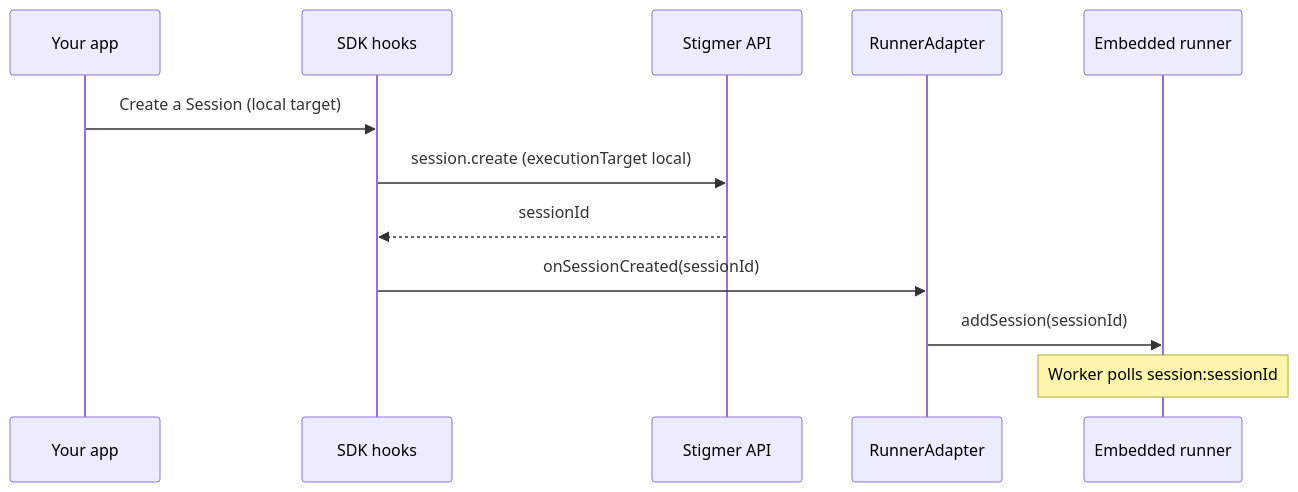
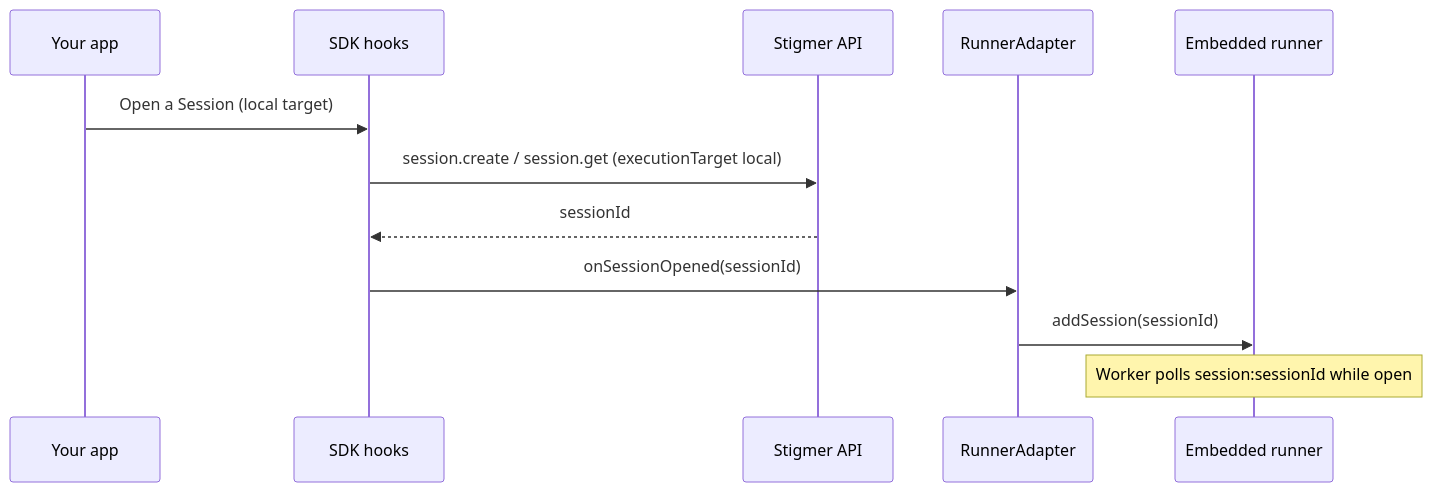
Before and after one commit to stigmer/stigmer: the first of 2 diagrams in docs/guides/runners/embedding.mdx, drawn with Mermaid. The commit also changed other lines of this file and 30 other files, not shown here.

````diff
--- a/docs/guides/runners/embedding.mdx
+++ b/docs/guides/runners/embedding.mdx
@@ -186,14 +195,14 @@
 ```mermaid
 sequenceDiagram
   participant App as Your app
   participant SDK as SDK hooks
   participant API as Stigmer API
   participant Adapter as RunnerAdapter
   participant Runner as Embedded runner
-  App->>SDK: Create a Session (local target)
-  SDK->>API: session.create (executionTarget local)
+  App->>SDK: Open a Session (local target)
+  SDK->>API: session.create / session.get (executionTarget local)
   API-->>SDK: sessionId
-  SDK->>Adapter: onSessionCreated(sessionId)
+  SDK->>Adapter: onSessionOpened(sessionId)
   Adapter->>Runner: addSession(sessionId)
-  Note over Runner: Worker polls session:sessionId
+  Note over Runner: Worker polls session:sessionId while open
 ```
````
